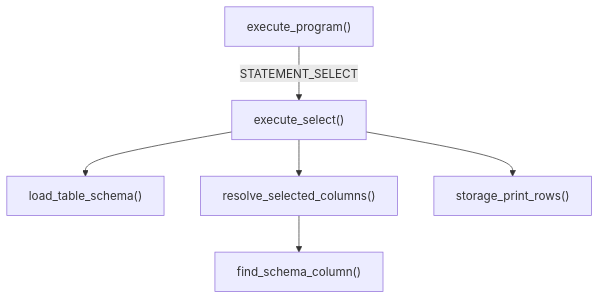
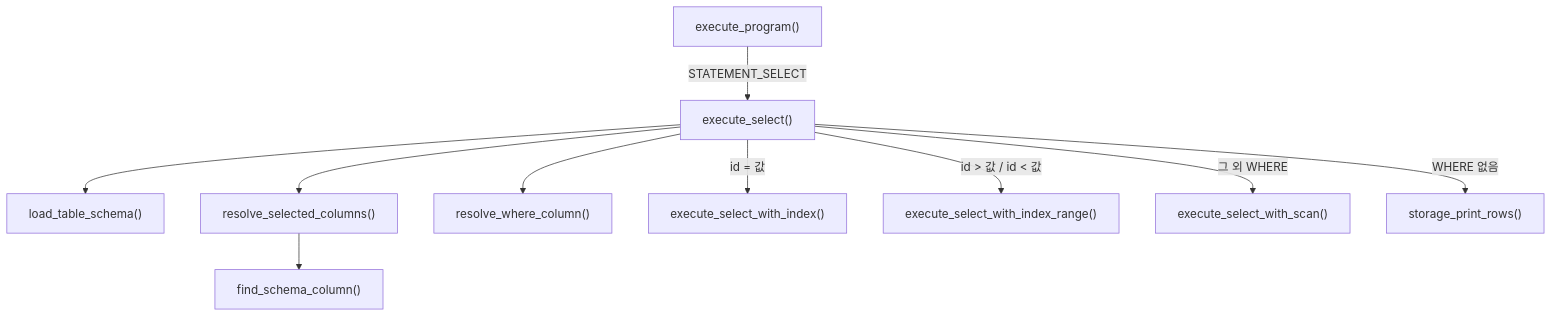
One commit to Jungle-12-303/week7-02-sql-index changed the fourth of 18 diagrams in docs/storage-executor.md. Above: the diagram before and after it, drawn with Mermaid. The commit also changed other lines of this file and 10 other files, not shown here.

````diff
--- a/docs/storage-executor.md
+++ b/docs/storage-executor.md
@@ -93,15 +110,23 @@
 ```mermaid
 flowchart TD
     EP["execute_program()"]
     ES["execute_select()"]
     LTS["load_table_schema()"]
     RSC["resolve_selected_columns()"]
+    RWC["resolve_where_column()"]
+    IDX["execute_select_with_index()"]
+    RNG["execute_select_with_index_range()"]
+    SCN["execute_select_with_scan()"]
     FSC["find_schema_column()"]
     SPR["storage_print_rows()"]
 
     EP -->|"STATEMENT_SELECT"| ES
     ES --> LTS
     ES --> RSC
+    ES --> RWC
     RSC --> FSC
-    ES --> SPR
+    ES -->|"WHERE 없음"| SPR
+    ES -->|"id = 값"| IDX
+    ES -->|"id > 값 / id < 값"| RNG
+    ES -->|"그 외 WHERE"| SCN
 ```
````
